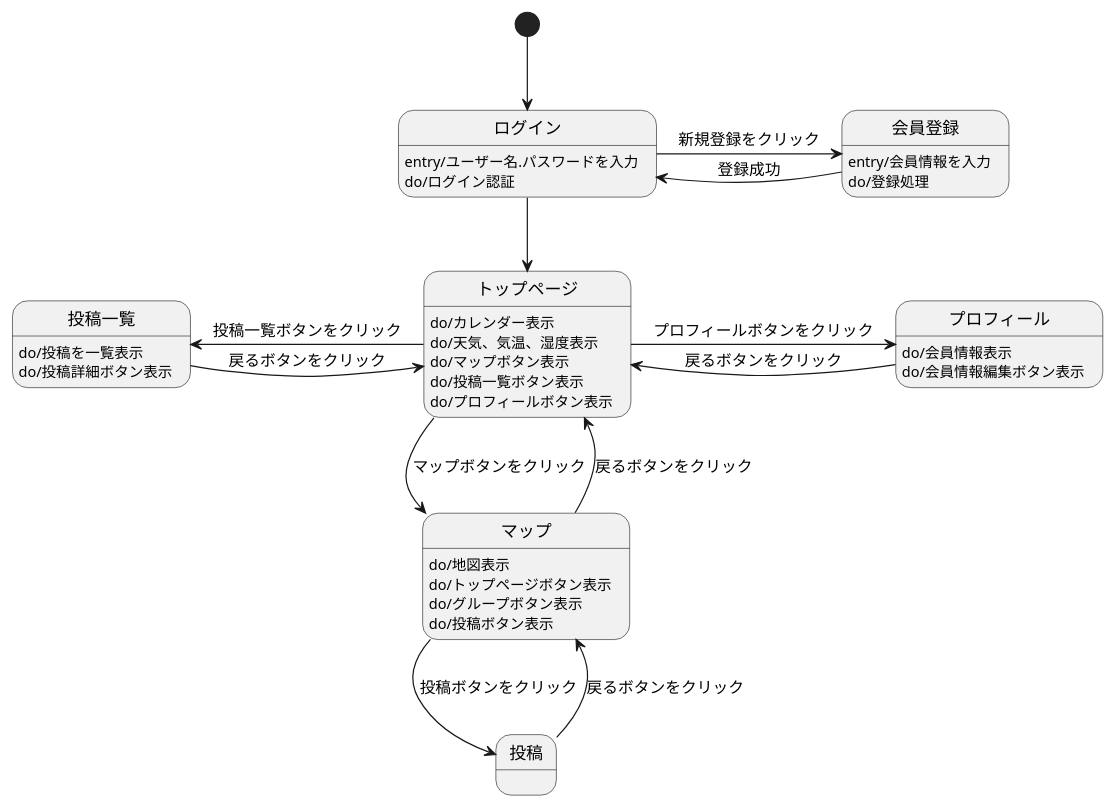
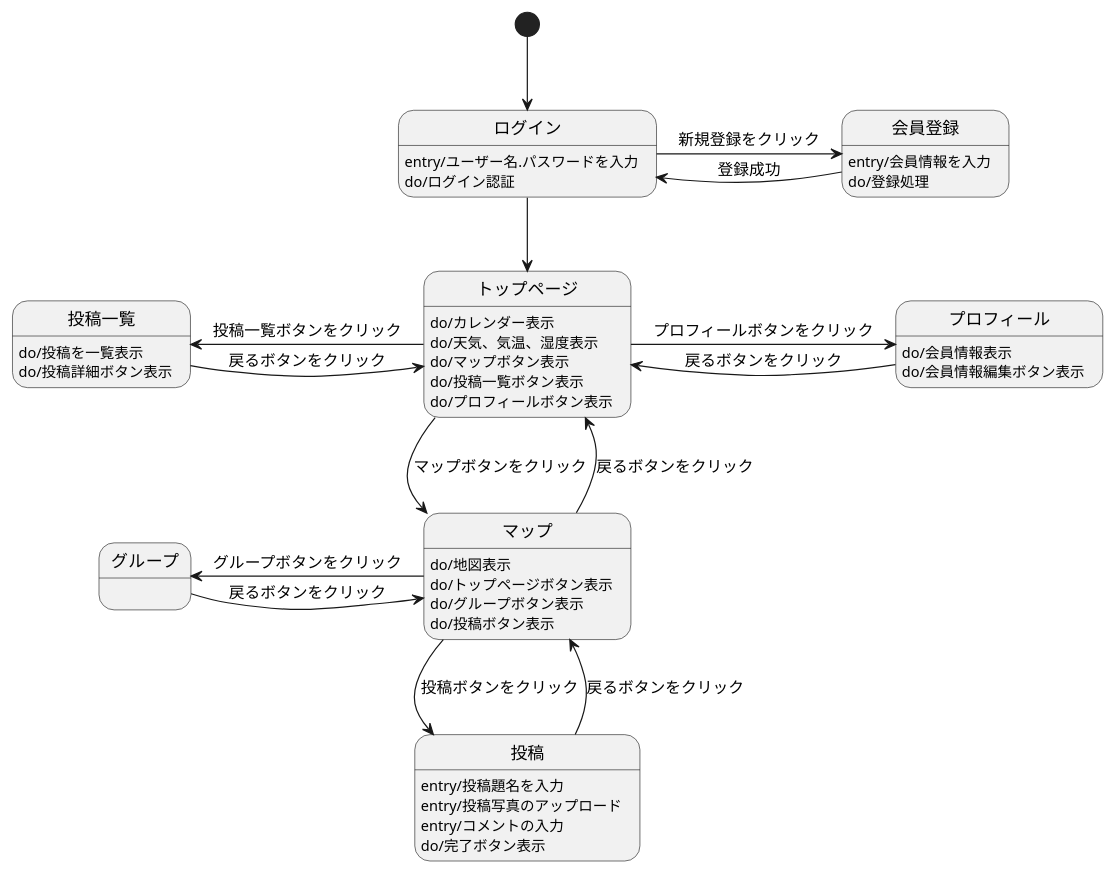
One commit to Aso2001031/System4_ver2.0 changed the diagram in 03_画面遷移図/画面遷移図.md. Above: the diagram before and after it, drawn with PlantUML.

````diff
--- a/03_画面遷移図/画面遷移図.md
+++ b/03_画面遷移図/画面遷移図.md
@@ -1,42 +1,51 @@
 ```uml
 @startuml
 
 [*] -down-> ログイン
 
 ログイン -down-> トップページ
 ログイン : entry/ユーザー名.パスワードを入力 
 ログイン : do/ログイン認証 
 ログイン -> 会員登録 : 新規登録をクリック
 
 会員登録 -> ログイン : 登録成功
 会員登録 : entry/会員情報を入力 
 会員登録 : do/登録処理
 
 トップページ : do/カレンダー表示
 トップページ : do/天気、気温、湿度表示
 トップページ : do/マップボタン表示
 トップページ : do/投稿一覧ボタン表示
 トップページ : do/プロフィールボタン表示
 トップページ -down-> マップ : マップボタンをクリック
 トップページ -left-> 投稿一覧 : 投稿一覧ボタンをクリック
 トップページ -right-> プロフィール :プロフィールボタンをクリック
 
 マップ -up-> トップページ : 戻るボタンをクリック
 マップ : do/地図表示
 マップ : do/トップページボタン表示
 マップ : do/グループボタン表示
 マップ : do/投稿ボタン表示
 マップ -down-> 投稿 : 投稿ボタンをクリック
+マップ -left-> グループ : グループボタンをクリック
 
 投稿一覧 -right-> トップページ : 戻るボタンをクリック
 投稿一覧 : do/投稿を一覧表示
 投稿一覧 : do/投稿詳細ボタン表示
 
 プロフィール -left-> トップページ : 戻るボタンをクリック
 プロフィール : do/会員情報表示
 プロフィール : do/会員情報編集ボタン表示
 
 投稿 -up-> マップ : 戻るボタンをクリック
+投稿 : entry/投稿題名を入力
+投稿 : entry/投稿写真のアップロード
+投稿 : entry/コメントの入力
+投稿 : do/完了ボタン表示
+
+グループ -right-> マップ : 戻るボタンをクリック 
+グループ : 
+
 
 @enduml
 ```
````
